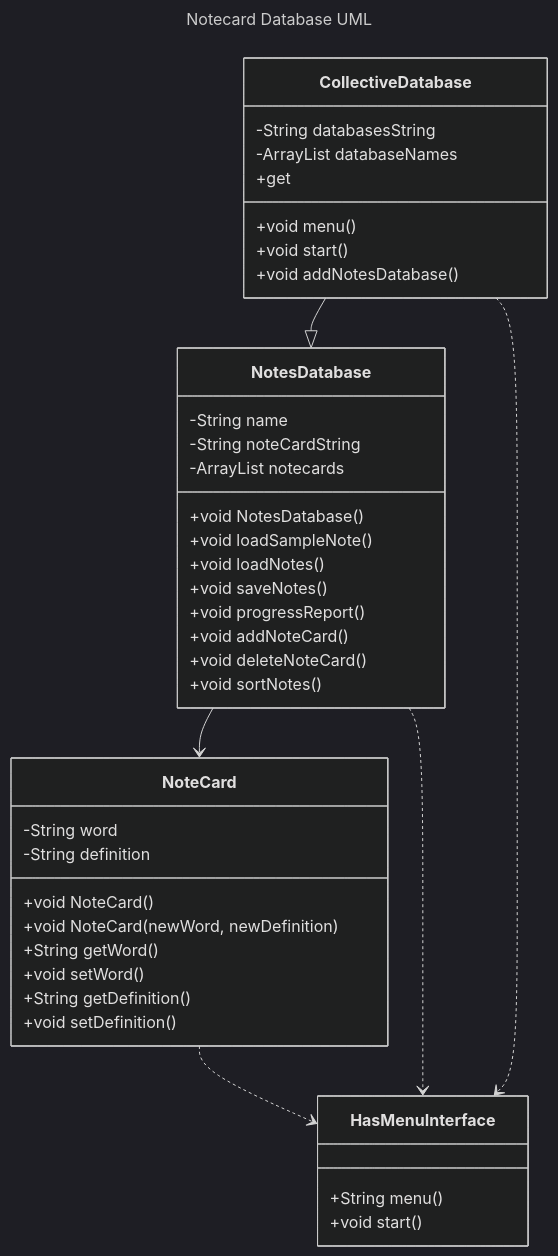
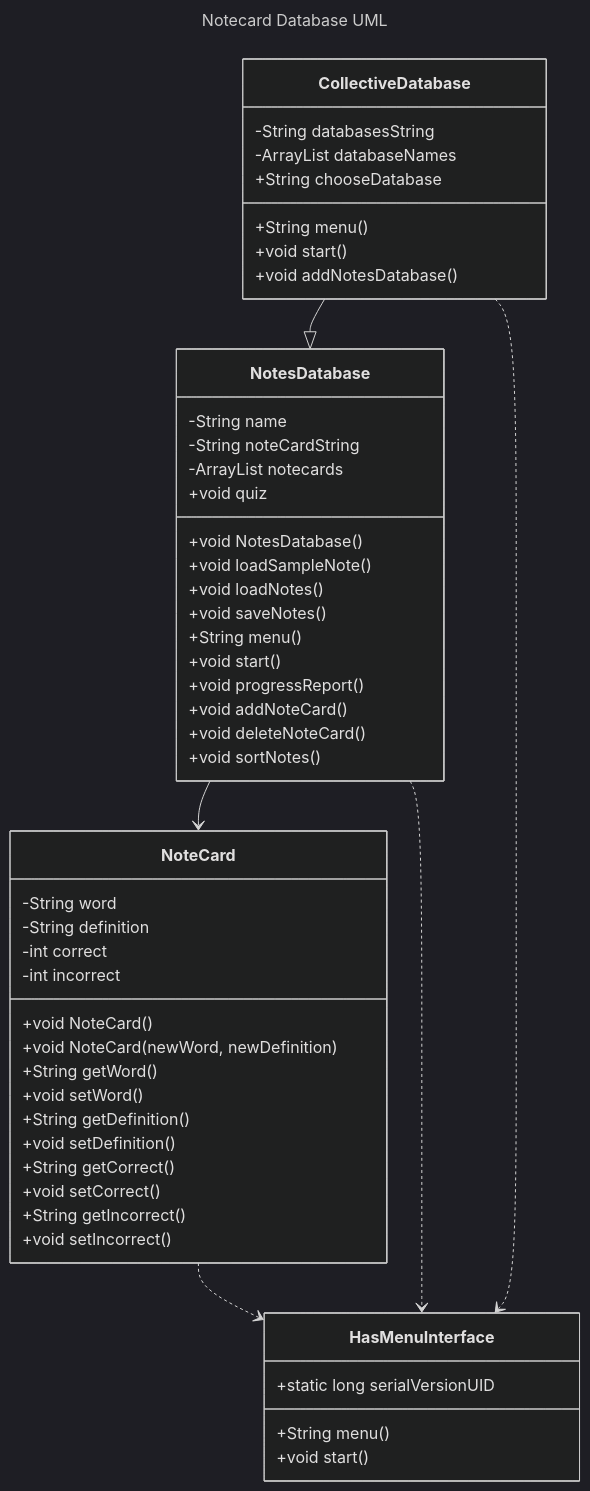
The diagram in README.md (janblocker2003/FinalProjectCS121), drawn with Mermaid (dark theme) before and after one commit.

Commit message:
Updated the UML

````diff
--- a/README.md
+++ b/README.md
@@ -40,51 +40,61 @@
 ```mermaid
 ---
 title: Notecard Database UML
 ---
 classDiagram
 direction TB
     class CollectiveDatabase {
 	    -String databasesString
 	    -ArrayList databaseNames
-	    +get
-	    +void menu()
+	    +String menu()
 	    +void start()
+		+String chooseDatabase
 	    +void addNotesDatabase()
     }
 
     class NotesDatabase {
 	    -String name
 	    -String noteCardString
 	    -ArrayList notecards
 	    +void NotesDatabase()
 	    +void loadSampleNote()
 	    +void loadNotes()
 	    +void saveNotes()
+		+String menu()
+		+void start()
 	    +void progressReport()
 	    +void addNoteCard()
 	    +void deleteNoteCard()
 	    +void sortNotes()
+		+void quiz
     }
 
     class NoteCard {
 	    -String word
 	    -String definition
+		-int correct
+		-int incorrect
 	    +void NoteCard()
 	    +void NoteCard(newWord, newDefinition)
 	    +String getWord()
 	    +void setWord()
 	    +String getDefinition()
 	    +void setDefinition()
+		+String getCorrect()
+		+void setCorrect()
+		+String getIncorrect()
+		+void setIncorrect()
     }
 
     class HasMenuInterface {
         +String menu()
 	    +void start()
+		+static long serialVersionUID
     }
 
     CollectiveDatabase --|> NotesDatabase
     NotesDatabase --> NoteCard
     NoteCard ..> HasMenuInterface
     NotesDatabase ..> HasMenuInterface
     CollectiveDatabase ..> HasMenuInterface
 ```
````
